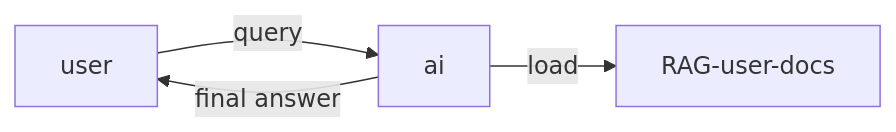
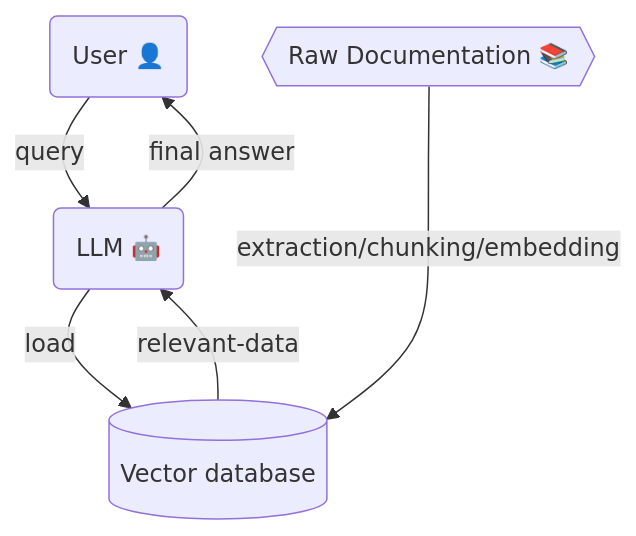
Before and after one commit to AlfrescoLabs/alfresco-ai-assistants: the first of 2 diagrams in readme.md, drawn with Mermaid. The commit also changed other lines of this file, not shown here.

Commit message:
fixup diagrams

````diff
--- a/readme.md
+++ b/readme.md
@@ -25,11 +19,17 @@
 ```mermaid
-graph LR
-user
-ai
+graph TB
+user(User 👤)
+llm(LLM 🤖)
+vectordb[(Vector database)]
+raw-docs{{Raw Documentation 📚}}
 
-user --query--> ai
+user --query--> llm
 
-ai --load--> RAG-user-docs
+llm --load--> vectordb
 
-ai --final answer--> user
+vectordb --relevant-data--> llm
+
+llm --final answer--> user
+
+raw-docs --extraction/chunking/embedding---> vectordb
 ```
````
